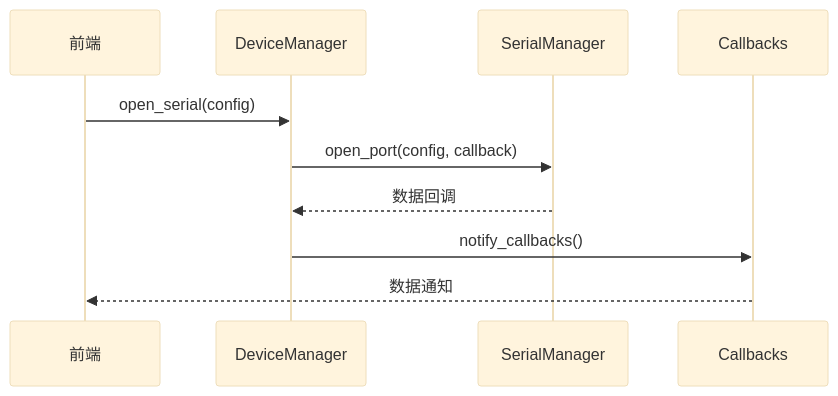
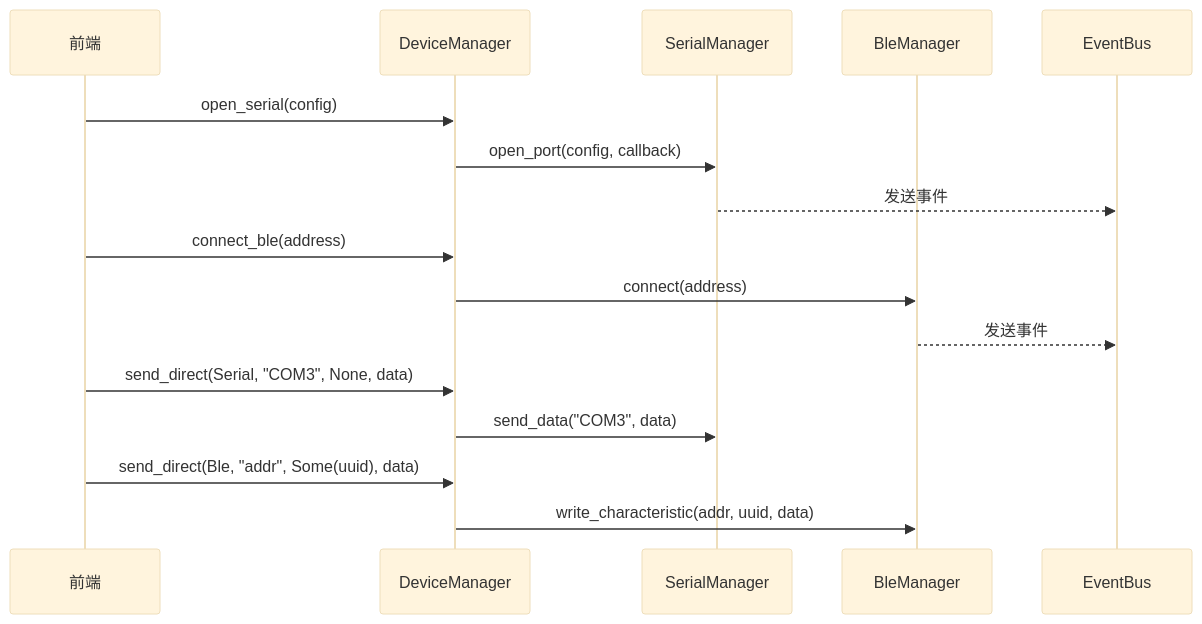
The second of 2 diagrams in docs/architecture/backend/device-manager.md (XiaoPb/combridge), drawn with Mermaid (base theme) before and after one commit. The commit also changed other lines of this file and 2 other files, not shown here.

````diff
--- a/docs/architecture/backend/device-manager.md
+++ b/docs/architecture/backend/device-manager.md
@@ -172,13 +116,22 @@
 ```mermaid
 sequenceDiagram
     participant UI as 前端
     participant DM as DeviceManager
     participant SM as SerialManager
-    participant CB as Callbacks
+    participant BM as BleManager
+    participant EB as EventBus
     
     UI->>DM: open_serial(config)
     DM->>SM: open_port(config, callback)
-    SM-->>DM: 数据回调
-    DM->>CB: notify_callbacks()
-    CB-->>UI: 数据通知
+    SM-->>EB: 发送事件
+    
+    UI->>DM: connect_ble(address)
+    DM->>BM: connect(address)
+    BM-->>EB: 发送事件
+    
+    UI->>DM: send_direct(Serial, "COM3", None, data)
+    DM->>SM: send_data("COM3", data)
+    
+    UI->>DM: send_direct(Ble, "addr", Some(uuid), data)
+    DM->>BM: write_characteristic(addr, uuid, data)
 ```
````
